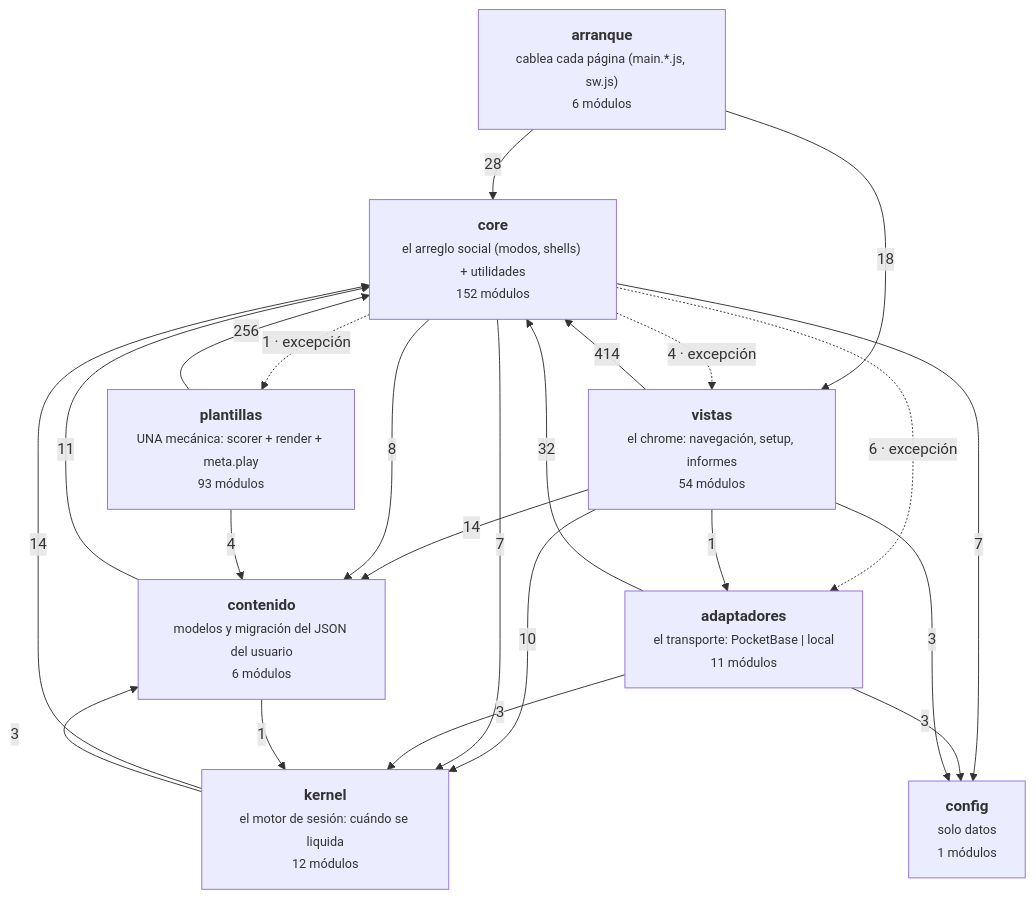
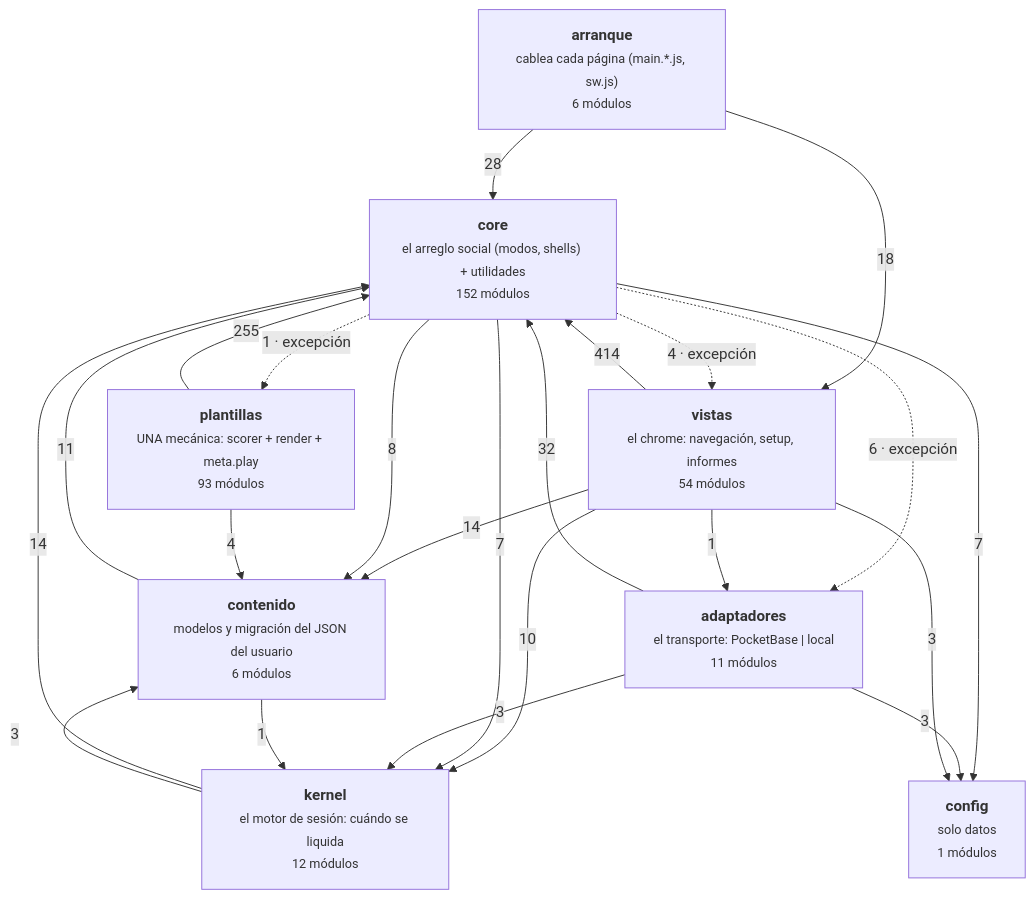
Before and after one commit to duecaz/ac: the diagram in docs/arquitectura-modulos.md, drawn with Mermaid. The commit also changed other lines of this file and 14 other files, not shown here.

````diff
--- a/docs/arquitectura-modulos.md
+++ b/docs/arquitectura-modulos.md
@@ -56,33 +56,33 @@
 ```mermaid
 graph TD
   A["<b>arranque</b><br/><small>cablea cada página (main.*.js, sw.js)</small><br/><small>6 módulos</small>"]
   V["<b>vistas</b><br/><small>el chrome: navegación, setup, informes</small><br/><small>54 módulos</small>"]
   AD["<b>adaptadores</b><br/><small>el transporte: PocketBase | local</small><br/><small>11 módulos</small>"]
   C["<b>core</b><br/><small>el arreglo social (modos, shells) + utilidades</small><br/><small>152 módulos</small>"]
   K["<b>kernel</b><br/><small>el motor de sesión: cuándo se liquida</small><br/><small>12 módulos</small>"]
   T["<b>plantillas</b><br/><small>UNA mecánica: scorer + render + meta.play</small><br/><small>93 módulos</small>"]
   CO["<b>contenido</b><br/><small>modelos y migración del JSON del usuario</small><br/><small>6 módulos</small>"]
   CF["<b>config</b><br/><small>solo datos</small><br/><small>1 módulos</small>"]
   V -->|414| C
-  T -->|256| C
+  T -->|255| C
   AD -->|32| C
   A -->|28| C
   A -->|18| V
   K -->|14| C
   V -->|14| CO
   CO -->|11| C
   V -->|10| K
   C -->|8| CO
   C -->|7| K
   C -->|7| CF
   C -.->|6 · excepción| AD
   C -.->|4 · excepción| V
   T -->|4| CO
   AD -->|3| CF
   AD -->|3| K
   K -->|3| CO
   V -->|3| CF
   C -.->|1 · excepción| T
   CO -->|1| K
   V -->|1| AD
 ```
````
